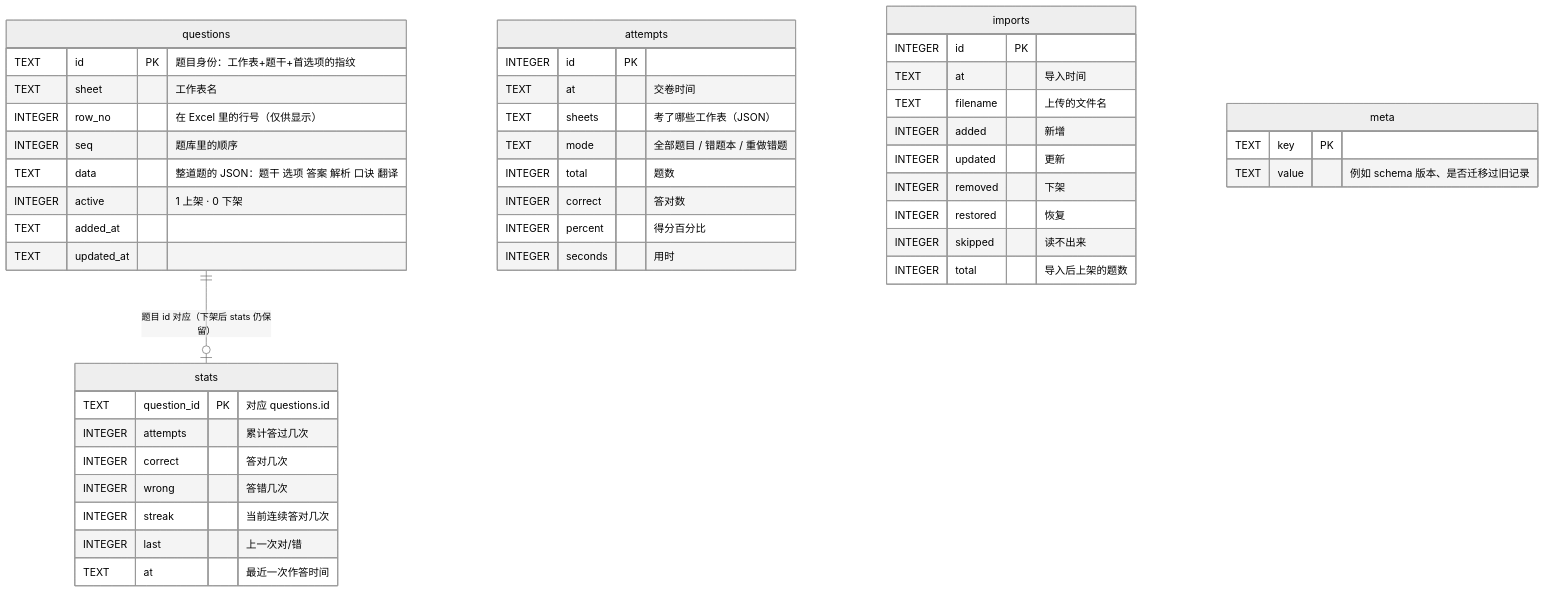
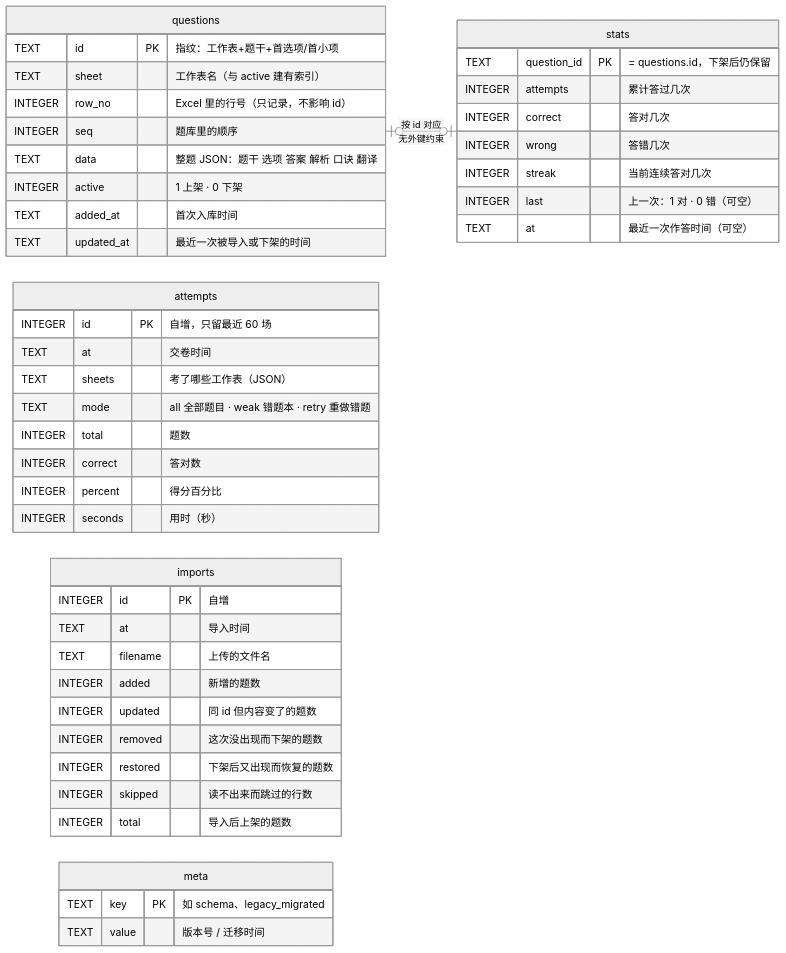
Before and after one commit to Yumin-Space/xexam: the fifth of 8 diagrams in README.md, drawn with Mermaid (neutral theme). The commit also changed other lines of this file and 13 other files, not shown here.

````diff
--- a/README.md
+++ b/README.md
@@ -296,48 +325,50 @@
 ```mermaid
+%%{init: {"er": {"nodeSpacing": 40, "rankSpacing": 40}}}%%
 erDiagram
+    direction LR
     questions {
-        TEXT id PK "题目身份：工作表+题干+首选项的指纹"
-        TEXT sheet "工作表名"
-        INTEGER row_no "在 Excel 里的行号（仅供显示）"
+        TEXT id PK "指纹：工作表+题干+首选项/首小项"
+        TEXT sheet "工作表名（与 active 建有索引）"
+        INTEGER row_no "Excel 里的行号（只记录，不影响 id）"
         INTEGER seq "题库里的顺序"
-        TEXT data "整道题的 JSON：题干 选项 答案 解析 口诀 翻译"
+        TEXT data "整题 JSON：题干 选项 答案 解析 口诀 翻译"
         INTEGER active "1 上架 · 0 下架"
-        TEXT added_at
-        TEXT updated_at
+        TEXT added_at "首次入库时间"
+        TEXT updated_at "最近一次被导入或下架的时间"
     }
     stats {
-        TEXT question_id PK "对应 questions.id"
+        TEXT question_id PK "= questions.id，下架后仍保留"
         INTEGER attempts "累计答过几次"
         INTEGER correct "答对几次"
         INTEGER wrong "答错几次"
         INTEGER streak "当前连续答对几次"
-        INTEGER last "上一次对/错"
-        TEXT at "最近一次作答时间"
+        INTEGER last "上一次：1 对 · 0 错（可空）"
+        TEXT at "最近一次作答时间（可空）"
     }
     attempts {
-        INTEGER id PK
+        INTEGER id PK "自增，只留最近 60 场"
         TEXT at "交卷时间"
         TEXT sheets "考了哪些工作表（JSON）"
-        TEXT mode "全部题目 / 错题本 / 重做错题"
+        TEXT mode "all 全部题目 · weak 错题本 · retry 重做错题"
         INTEGER total "题数"
         INTEGER correct "答对数"
         INTEGER percent "得分百分比"
-        INTEGER seconds "用时"
+        INTEGER seconds "用时（秒）"
     }
     imports {
-        INTEGER id PK
+        INTEGER id PK "自增"
         TEXT at "导入时间"
         TEXT filename "上传的文件名"
-        INTEGER added "新增"
-        INTEGER updated "更新"
-        INTEGER removed "下架"
-        INTEGER restored "恢复"
-        INTEGER skipped "读不出来"
+        INTEGER added "新增的题数"
+        INTEGER updated "同 id 但内容变了的题数"
+        INTEGER removed "这次没出现而下架的题数"
+        INTEGER restored "下架后又出现而恢复的题数"
+        INTEGER skipped "读不出来而跳过的行数"
         INTEGER total "导入后上架的题数"
     }
     meta {
-        TEXT key PK
-        TEXT value "例如 schema 版本、是否迁移过旧记录"
+        TEXT key PK "如 schema、legacy_migrated"
+        TEXT value "版本号 / 迁移时间"
     }
-    questions ||--o| stats : "题目 id 对应（下架后 stats 仍保留）"
+    questions |o--o| stats : "按 id 对应<br/>无外键约束"
 ```
````
